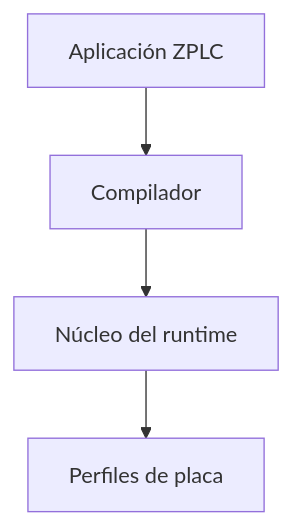
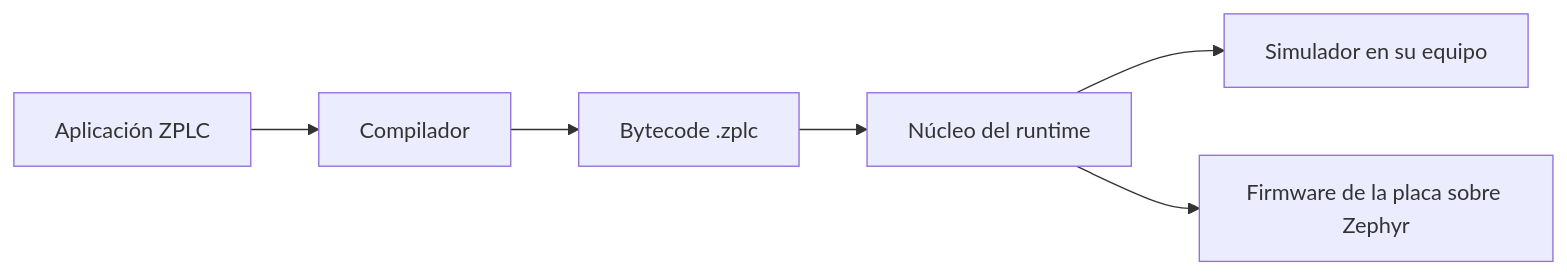
The diagram in docs/i18n/es/docusaurus-plugin-content-docs/current/platform-overview/index.md (eduardojvieira/ZPLC), drawn with Mermaid before and after one commit. The commit also changed other lines of this file and 6 other files, not shown here.

````diff
--- a/docs/i18n/es/docusaurus-plugin-content-docs/current/platform-overview/index.md
+++ b/docs/i18n/es/docusaurus-plugin-content-docs/current/platform-overview/index.md
@@ -16,11 +17,15 @@
 ```mermaid
-flowchart TB
-  IDE[Aplicación ZPLC]
+flowchart LR
+  App[Aplicación ZPLC]
   Compiler[Compilador]
-  Runtime[Núcleo del runtime]
-  Boards[Perfiles de placa]
+  Bytecode[Bytecode .zplc]
+  Core[Núcleo del runtime]
+  Sim[Simulador en su equipo]
+  Board[Firmware de la placa sobre Zephyr]
 
-  IDE --> Compiler
-  Compiler --> Runtime
-  Runtime --> Boards
+  App --> Compiler
+  Compiler --> Bytecode
+  Bytecode --> Core
+  Core --> Sim
+  Core --> Board
 ```
````
